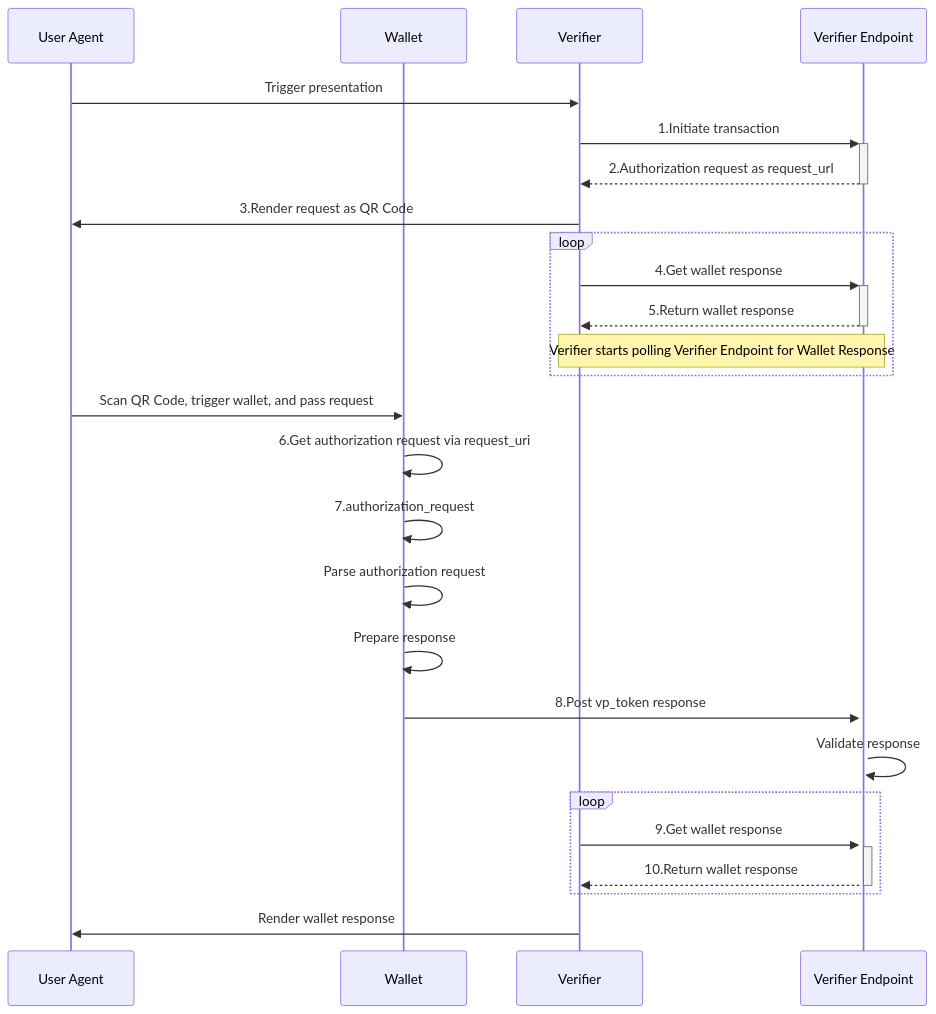
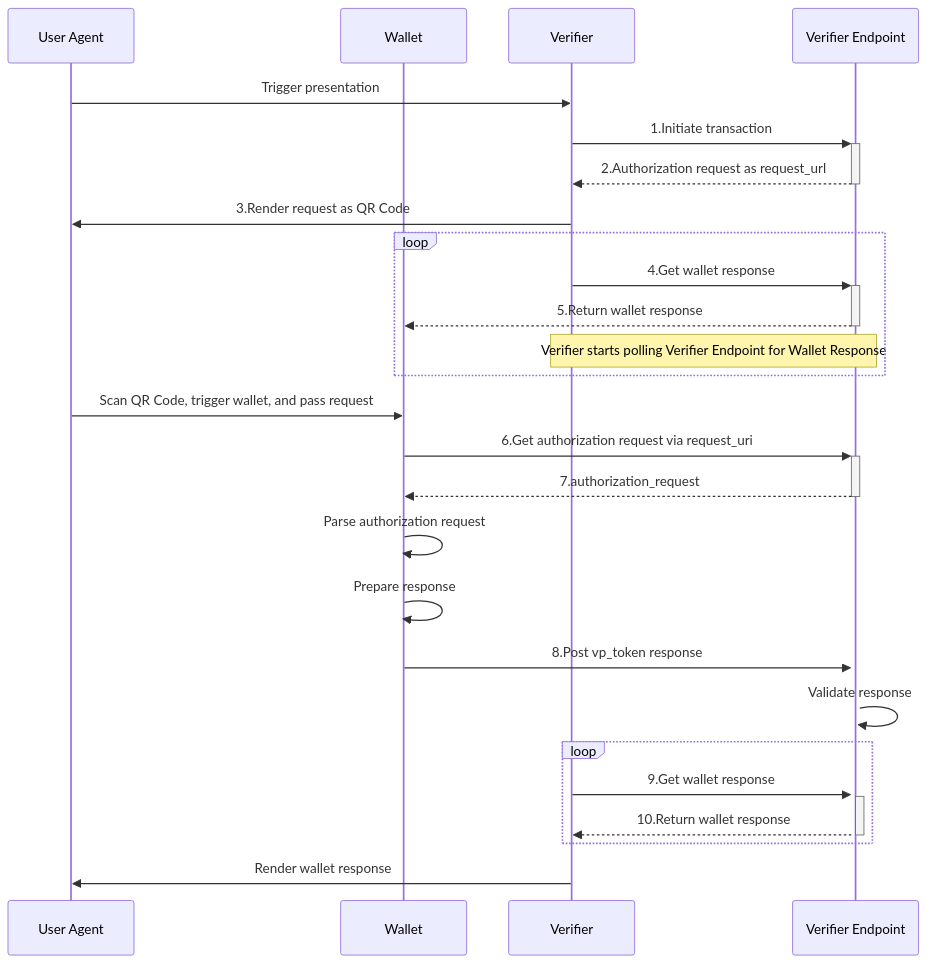
Before and after one commit to dentsusoken/oid4vc-verifier-endpoint-core: the diagram in docs/sequence/cross_device.md, drawn with Mermaid. The commit also changed other lines of this file and 1 other file, not shown here.

Commit message:
docs: Update request/response parameters in cross_device.md and same_device.md to reflect the addition of ephemeral_ecdh_public_jwk

````diff
--- a/docs/sequence/cross_device.md
+++ b/docs/sequence/cross_device.md
@@ -5,38 +5,38 @@
 ```mermaid
-sequenceDiagram    
+sequenceDiagram
     participant UA as User Agent
     participant W as Wallet
     participant V as Verifier
     participant VE as Verifier Endpoint
-    UA->>V: Trigger presentation 
-    
+    UA->>V: Trigger presentation
+
     V->>+VE:  1.Initiate transaction
     VE-->>-V: 2.Authorization request as request_url
-    
+
     V->>UA: 3.Render request as QR Code
 
     loop
     V->>+VE: 4.Get wallet response
-    VE-->>-V: 5.Return wallet response
+    VE-->>-W: 5.Return wallet response
     Note over V,VE: Verifier starts polling Verifier Endpoint for Wallet Response
     end
 
     UA->>W: Scan QR Code, trigger wallet, and pass request
-    
-    W->>W: 6.Get authorization request via request_uri 
-    W->>W: 7.authorization_request
-    
+
+    W->>+VE: 6.Get authorization request via request_uri
+    VE-->>-W: 7.authorization_request
+
     W->>W: Parse authorization request
-    
-    W->>W: Prepare response     
-    
-    W->>+VE: 8.Post vp_token response 
+
+    W->>W: Prepare response
+
+    W->>+VE: 8.Post vp_token response
     VE->>VE: Validate response
 
     loop
     V->>+VE: 9.Get wallet response
     VE-->>-V: 10.Return wallet response
     end
-    
+
     V->>UA: Render wallet response
 ```
````
